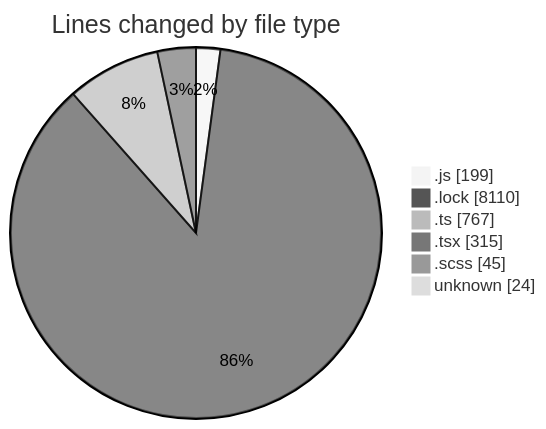
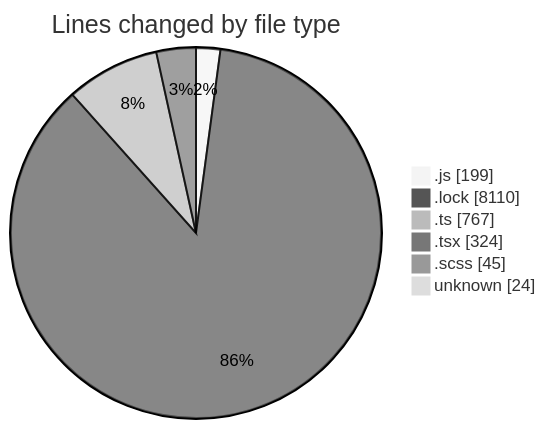
Before and after one commit to momahboobian/code-tracking: the first of 2 diagrams in 2025-02-07/cda/README.md, drawn with Mermaid (neutral theme). The commit also changed other lines of this file and 1 other file, not shown here.

````diff
--- a/2025-02-07/cda/README.md
+++ b/2025-02-07/cda/README.md
@@ -47,10 +47,10 @@
 ```mermaid
 pie showData
 title Lines changed by file type
 ".js" : 199
 ".lock" : 8110
 ".ts" : 767
-".tsx" : 315
+".tsx" : 324
 ".scss" : 45
 "unknown" : 24
 ```
````
